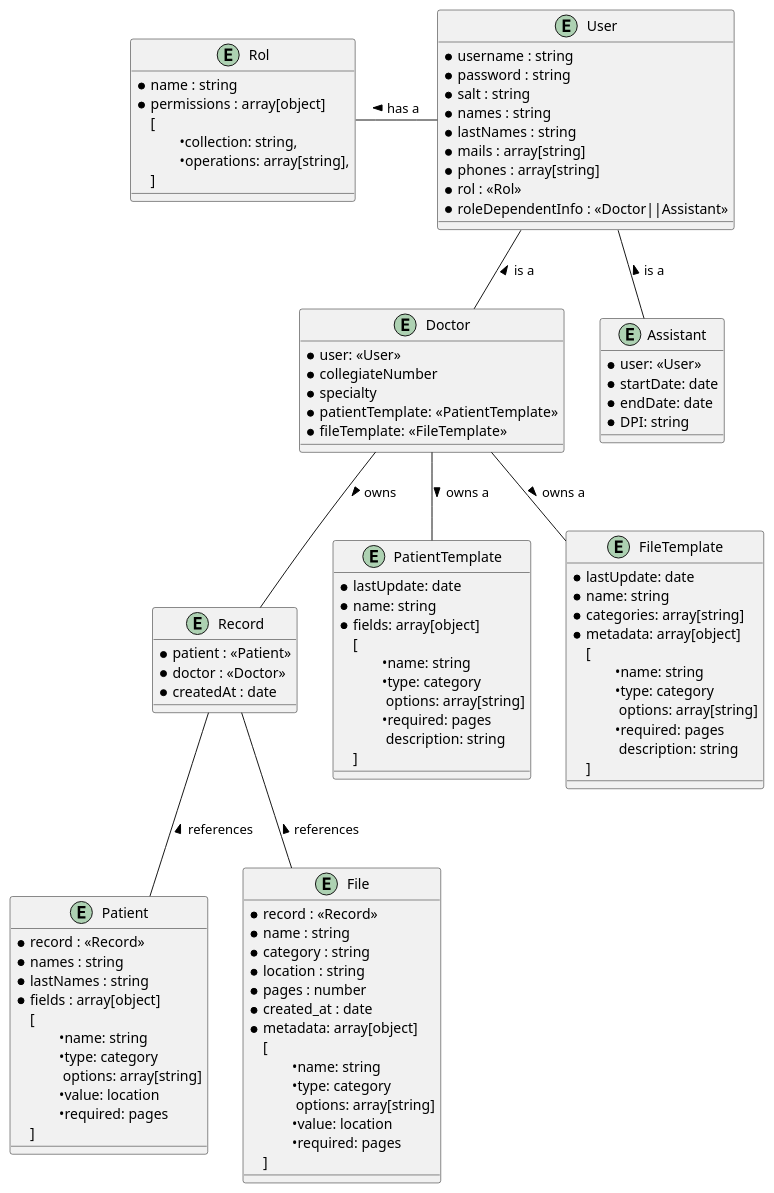
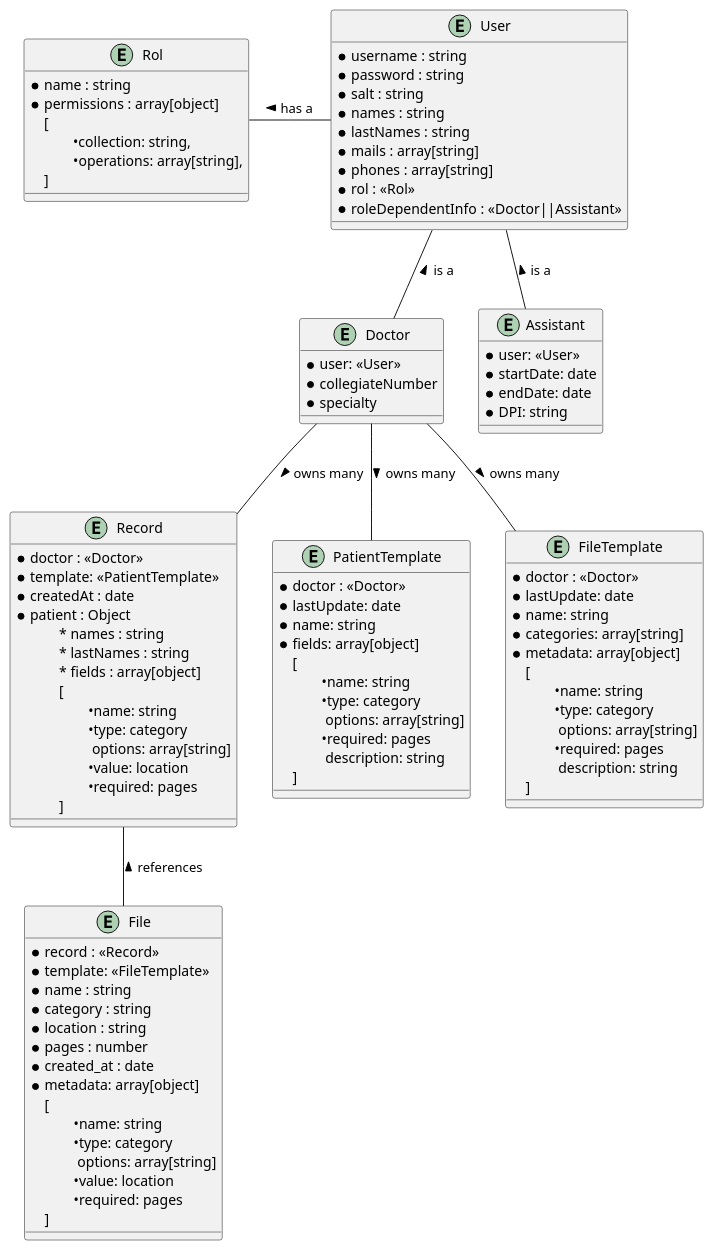
Before and after one commit to TherapistTrack/TherapistTrack-DB: the diagram in Diagram/DB_Diagram.plantuml, drawn with PlantUML. The commit also changed 9 other files, not shown here.

Commit message:
feat: update database schema to support a doctor having many file and patient templates

```diff
--- a/Diagram/DB_Diagram.plantuml
+++ b/Diagram/DB_Diagram.plantuml
@@ -1,115 +1,112 @@
 @startuml entity
 
 entity Rol {
     * name : string
     * permissions : array[object]
     [
         \t•collection: string,
         \t•operations: array[string],
     ]
 }
 
 entity User {
     * username : string
     * password : string
     * salt : string
     * names : string
     * lastNames : string
     * mails : array[string]
     * phones : array[string]
     * rol : <<Rol>>
     * roleDependentInfo : <<Doctor||Assistant>>
 }
 
 entity Doctor {
     * user: <<User>>
     * collegiateNumber
     * specialty
-    * patientTemplate: <<PatientTemplate>>
-    * fileTemplate: <<FileTemplate>>
 }
 
 entity Assistant {
     * user: <<User>>
     * startDate: date
     * endDate: date
     * DPI: string
 }
 
 entity Record {
-    * patient : <<Patient>>
     * doctor : <<Doctor>>
+    * template: <<PatientTemplate>> 
     * createdAt : date
+    * patient : Object
+    \t* names : string
+    \t* lastNames : string
+    \t* fields : array[object]
+    \t[
+        \t\t•name: string
+        \t\t•type: category
+        \t\t options: array[string]
+        \t\t•value: location
+        \t\t•required: pages
+    \t]
+    
 }
 
 entity PatientTemplate {
+    * doctor : <<Doctor>>
     * lastUpdate: date
     * name: string
     * fields: array[object]
     [
         \t•name: string
         \t•type: category
         \t options: array[string]
         \t•required: pages
         \t description: string
     ]
 }
 
-entity Patient {
-    * record : <<Record>>
-    * names : string
-    * lastNames : string
-    * fields : array[object]
-    [
-        \t•name: string
-        \t•type: category
-        \t options: array[string]
-        \t•value: location
-        \t•required: pages
-    ]
-    
-}
-
 entity FileTemplate {
+    * doctor : <<Doctor>>
     * lastUpdate: date
     * name: string
     * categories: array[string]
     * metadata: array[object]
     [
         \t•name: string
         \t•type: category
         \t options: array[string]
         \t•required: pages
         \t description: string
     ]
 }
 
 entity File {
     * record : <<Record>>
+    * template: <<FileTemplate>> 
     * name : string
     * category : string
     * location : string
     * pages : number
     * created_at : date
     * metadata: array[object]
     [
         \t•name: string
         \t•type: category
         \t options: array[string]
         \t•value: location
         \t•required: pages
     ]
 }
 
 User -l- Rol : > has a
 User -d- Doctor : < is a
 User -d- Assistant : < is a
 
-Record -u- Doctor : < owns
+Record -u- Doctor : < owns many
 Record -- File  : < references
-Record -- Patient : < references
 
-Doctor -- FileTemplate : > owns a 
-Doctor -- PatientTemplate : > owns a
+Doctor -- FileTemplate : > owns many 
+Doctor -- PatientTemplate : > owns many
 
 @enduml
```
